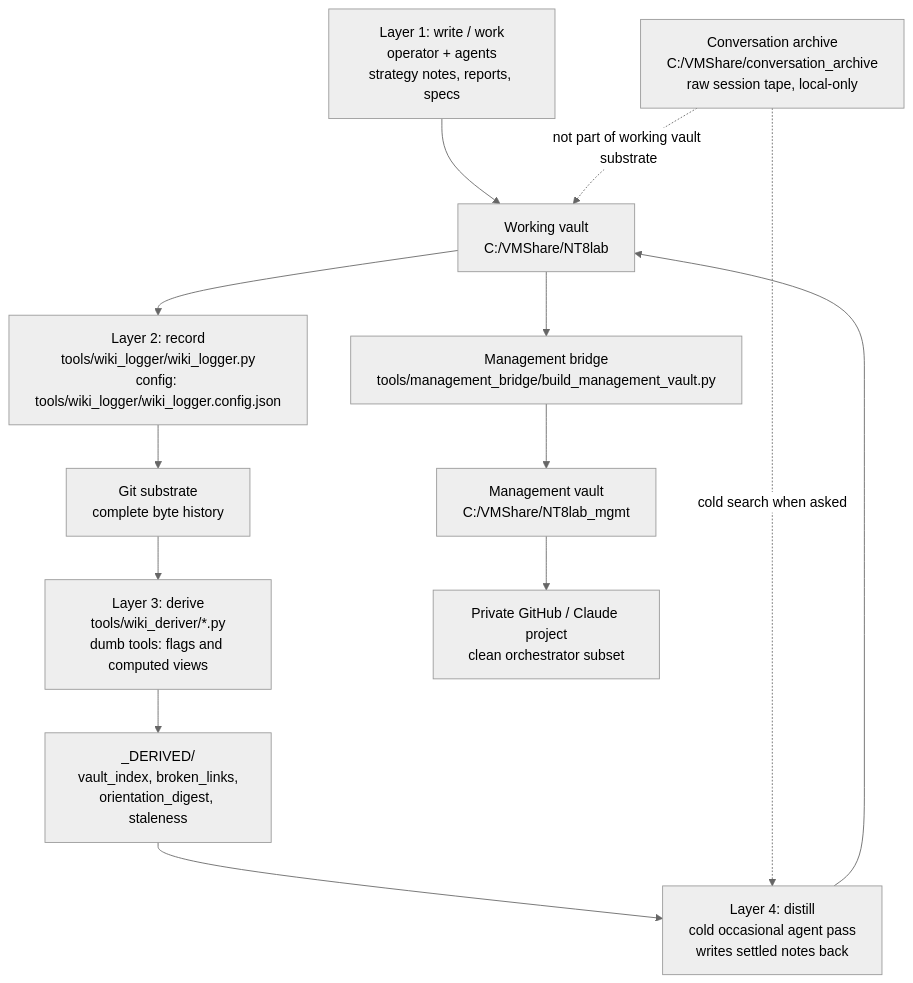
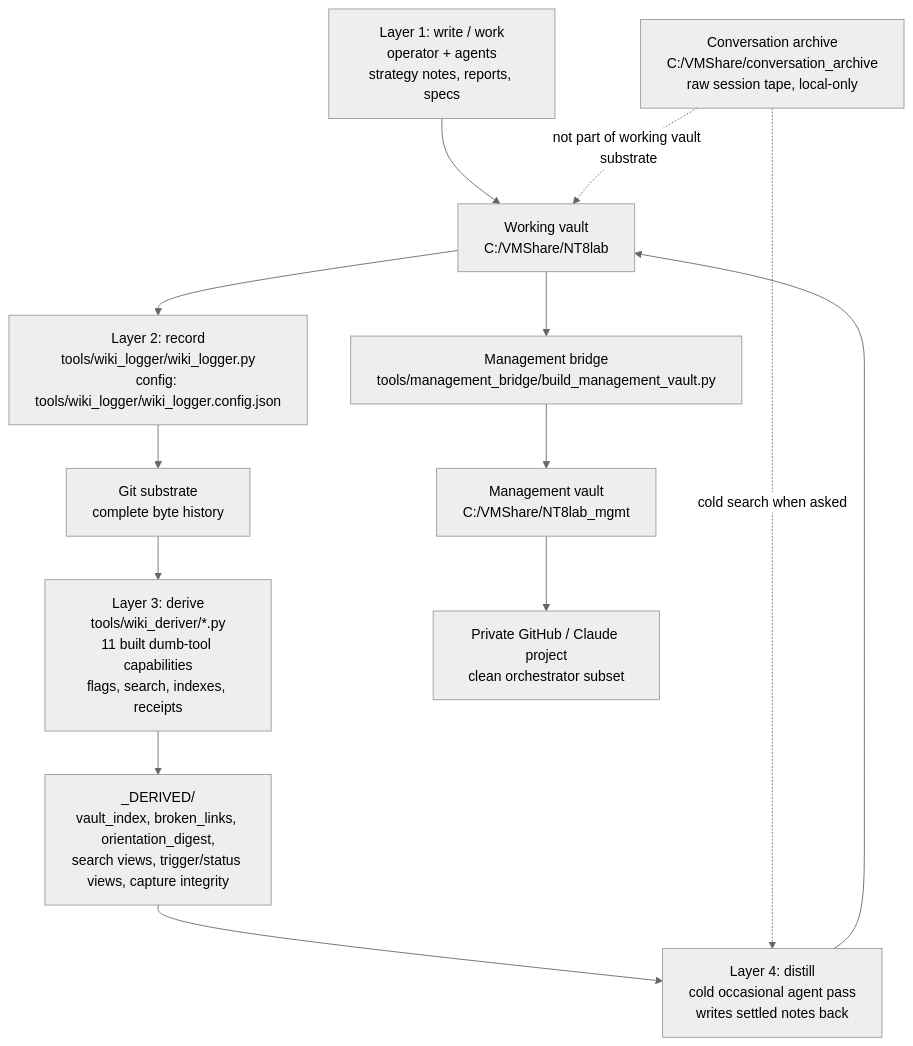
The first of 2 diagrams in _FRAMEWORK/wiki_architecture_flow.md (Wiki-Mediators/wiki-mediators-mgmt), drawn with Mermaid (neutral theme) before and after one commit. The commit also changed other lines of this file and 10 other files, not shown here.

````diff
--- a/_FRAMEWORK/wiki_architecture_flow.md
+++ b/_FRAMEWORK/wiki_architecture_flow.md
@@ -33,17 +33,17 @@
 ```mermaid
 flowchart TD
     L1["Layer 1: write / work<br/>operator + agents<br/>strategy notes, reports, specs"] --> WV["Working vault<br/>C:/VMShare/NT8lab"]
     WV --> L2["Layer 2: record<br/>tools/wiki_logger/wiki_logger.py<br/>config: tools/wiki_logger/wiki_logger.config.json"]
     L2 --> GIT["Git substrate<br/>complete byte history"]
-    GIT --> L3["Layer 3: derive<br/>tools/wiki_deriver/*.py<br/>dumb tools: flags and computed views"]
-    L3 --> DER["_DERIVED/<br/>vault_index, broken_links,<br/>orientation_digest, staleness"]
+    GIT --> L3["Layer 3: derive<br/>tools/wiki_deriver/*.py<br/>11 built dumb-tool capabilities<br/>flags, search, indexes, receipts"]
+    L3 --> DER["_DERIVED/<br/>vault_index, broken_links, orientation_digest,<br/>search views, trigger/status views, capture integrity"]
     DER --> L4["Layer 4: distill<br/>cold occasional agent pass<br/>writes settled notes back"]
     L4 --> WV
 
     WV --> BR["Management bridge<br/>tools/management_bridge/build_management_vault.py"]
     BR --> MV["Management vault<br/>C:/VMShare/NT8lab_mgmt"]
     MV --> GH["Private GitHub / Claude project<br/>clean orchestrator subset"]
 
     CA["Conversation archive<br/>C:/VMShare/conversation_archive<br/>raw session tape, local-only"] -. "cold search when asked" .-> L4
     CA -. "not part of working vault substrate" .-> WV
 ```
````
